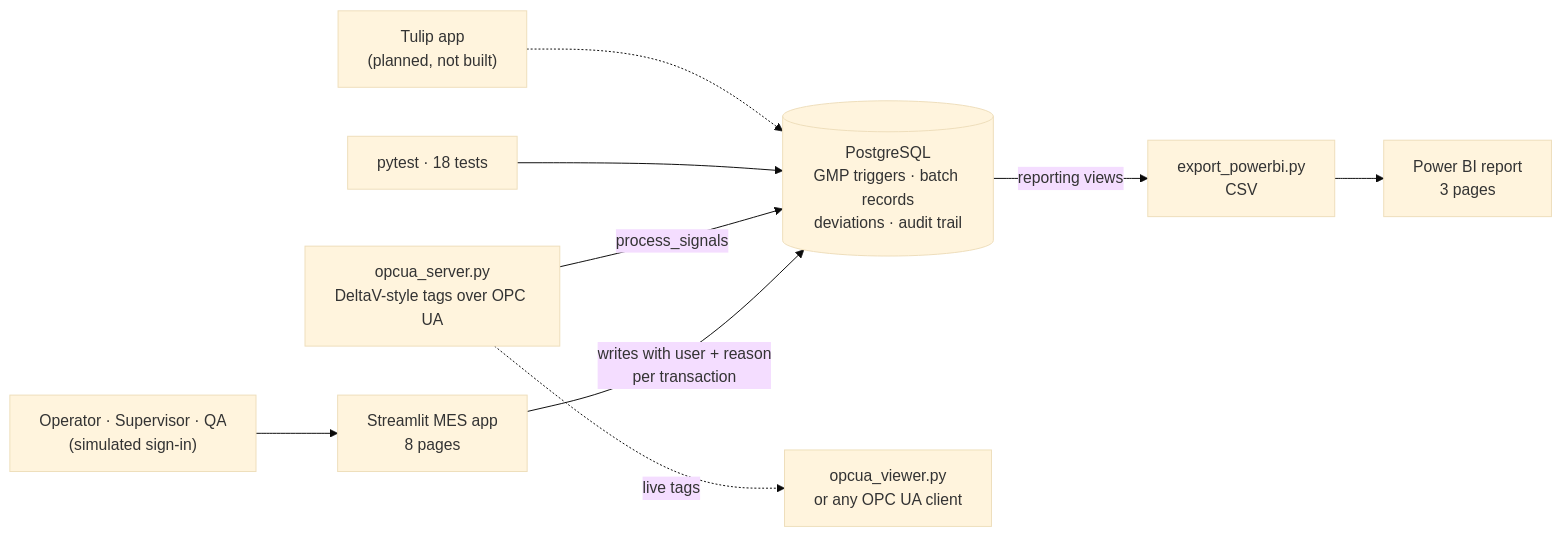
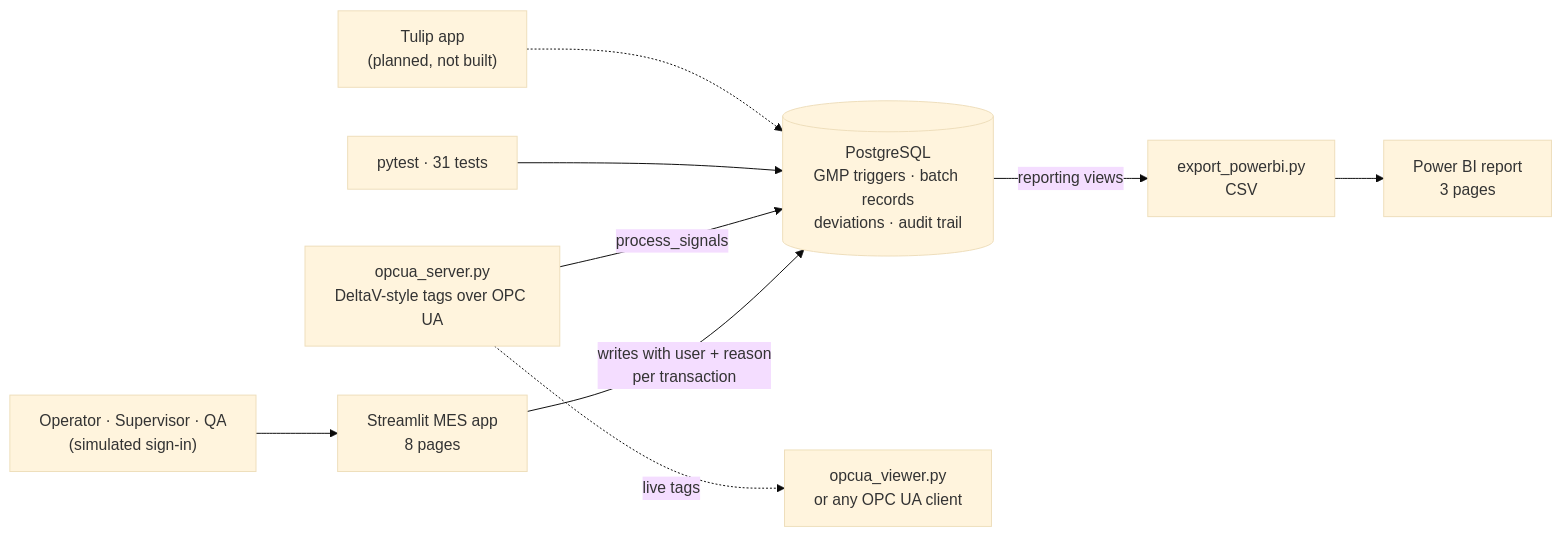
Before and after one commit to Akash3525/Pharmaceutical-MES-Portfolio: the first of 2 diagrams in README.md, drawn with Mermaid (base theme). The commit also changed other lines of this file and 5 other files, not shown here.

````diff
--- a/README.md
+++ b/README.md
@@ -26,10 +26,10 @@
 ```mermaid
 flowchart LR
     U["Operator · Supervisor · QA<br/>(simulated sign-in)"] --> A["Streamlit MES app<br/>8 pages"]
     A -- "writes with user + reason<br/>per transaction" --> DB[("PostgreSQL<br/>GMP triggers · batch records<br/>deviations · audit trail")]
     O["opcua_server.py<br/>DeltaV-style tags over OPC UA"] -- "process_signals" --> DB
     O -. "live tags" .-> V["opcua_viewer.py<br/>or any OPC UA client"]
     DB -- "reporting views" --> E["export_powerbi.py<br/>CSV"] --> P["Power BI report<br/>3 pages"]
-    T["pytest · 18 tests"] --> DB
+    T["pytest · 31 tests"] --> DB
     TU["Tulip app<br/>(planned, not built)"] -.-> DB
 ```
````
